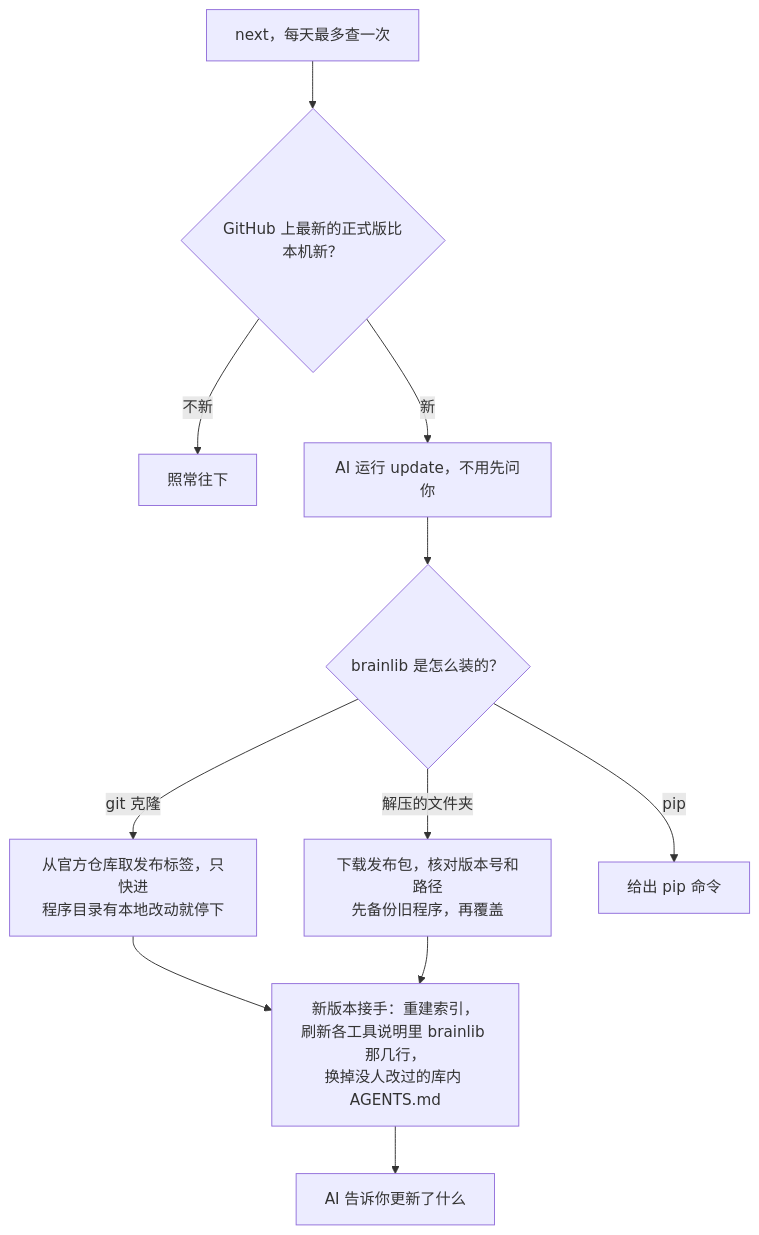
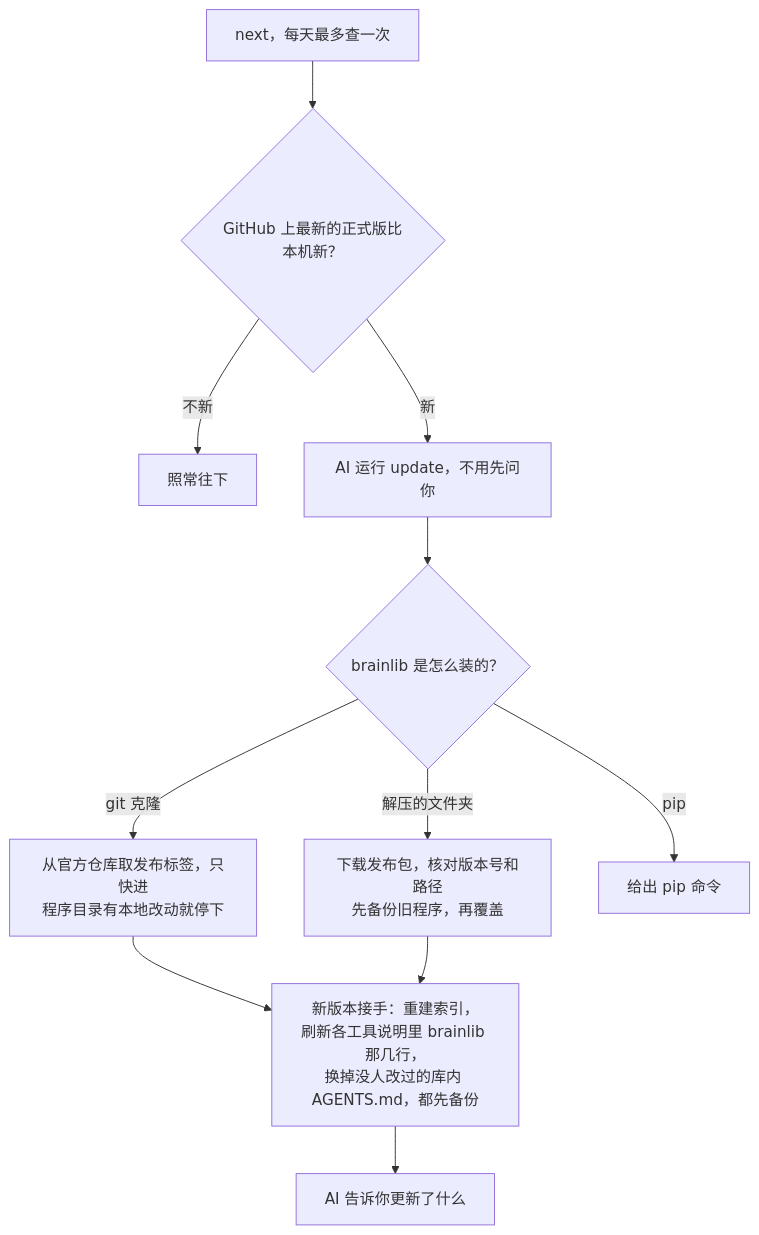
One commit to mingweima/brainlib changed the fifth of 5 diagrams in README.md. Above: the diagram before and after it, drawn with Mermaid. The commit also changed other lines of this file and 11 other files, not shown here.

````diff
--- a/README.md
+++ b/README.md
@@ -205,13 +209,13 @@
 ```mermaid
 flowchart TD
     A["next，每天最多查一次"] --> B{"GitHub 上最新的正式版比本机新？"}
     B -->|"不新"| Z["照常往下"]
     B -->|"新"| C["AI 运行 update，不用先问你"]
     C --> D{"brainlib 是怎么装的？"}
     D -->|"git 克隆"| E["从官方仓库取发布标签，只快进<br>程序目录有本地改动就停下"]
     D -->|"解压的文件夹"| F["下载发布包，核对版本号和路径<br>先备份旧程序，再覆盖"]
     D -->|"pip"| G["给出 pip 命令"]
-    E --> H["新版本接手：重建索引，<br>刷新各工具说明里 brainlib 那几行，<br>换掉没人改过的库内 AGENTS.md"]
+    E --> H["新版本接手：重建索引，<br>刷新各工具说明里 brainlib 那几行，<br>换掉没人改过的库内 AGENTS.md，都先备份"]
     F --> H
     H --> I["AI 告诉你更新了什么"]
 ```
````
